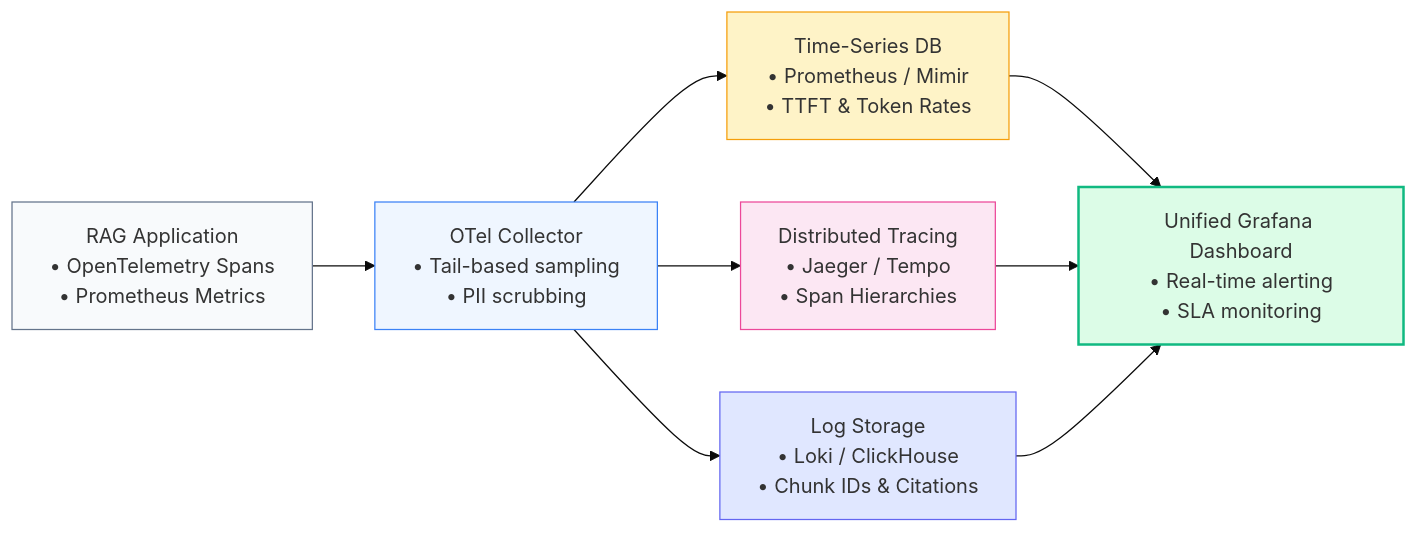
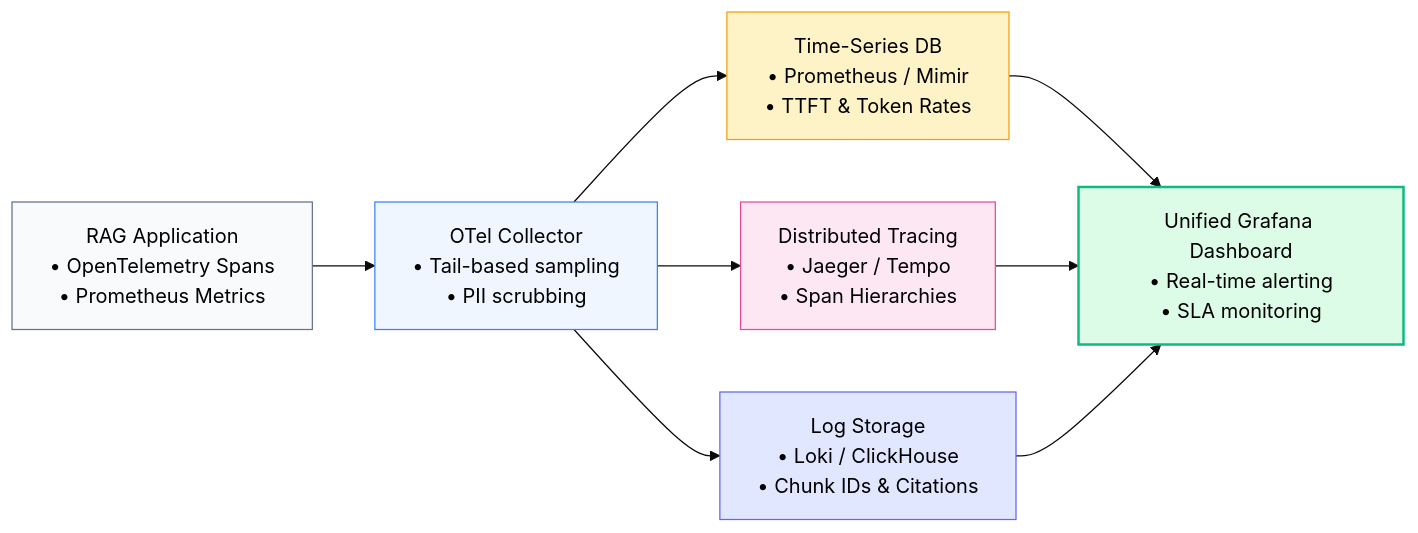
One commit to swapnil3104/RAG-Engineering changed the third of 3 diagrams in 09-RAG-Deployment-and-Production/Monitoring-and-Logging.md. Above: the diagram before and after it, drawn with Mermaid (base theme). The commit also changed other lines of this file and 108 other files, not shown here.

Commit message:
fix: make chart text visible across all Mermaid diagrams and resolve markdown table formatting issues

````diff
--- a/09-RAG-Deployment-and-Production/Monitoring-and-Logging.md
+++ b/09-RAG-Deployment-and-Production/Monitoring-and-Logging.md
@@ -498,15 +498,15 @@
 ```mermaid
 flowchart LR
     A["RAG Application<br/>• OpenTelemetry Spans<br/>• Prometheus Metrics"] --> B["OTel Collector<br/>• Tail-based sampling<br/>• PII scrubbing"]
     B --> C["Time-Series DB<br/>• Prometheus / Mimir<br/>• TTFT & Token Rates"]
     B --> D["Distributed Tracing<br/>• Jaeger / Tempo<br/>• Span Hierarchies"]
     B --> E["Log Storage<br/>• Loki / ClickHouse<br/>• Chunk IDs & Citations"]
     C & D & E --> F["Unified Grafana Dashboard<br/>• Real-time alerting<br/>• SLA monitoring"]
 
-    style A fill:#f8fafc,stroke:#64748b
-    style B fill:#eff6ff,stroke:#3b82f6
-    style C fill:#fef3c7,stroke:#f59e0b
-    style D fill:#fce7f3,stroke:#ec4899
-    style E fill:#e0e7ff,stroke:#6366f1
-    style F fill:#dcfce7,stroke:#10b981,stroke-width:2px
+    style A fill:#f8fafc,stroke:#64748b,color:#000000
+    style B fill:#eff6ff,stroke:#3b82f6,color:#000000
+    style C fill:#fef3c7,stroke:#f59e0b,color:#000000
+    style D fill:#fce7f3,stroke:#ec4899,color:#000000
+    style E fill:#e0e7ff,stroke:#6366f1,color:#000000
+    style F fill:#dcfce7,stroke:#10b981,stroke-width:2px,color:#000000
 ```
````
